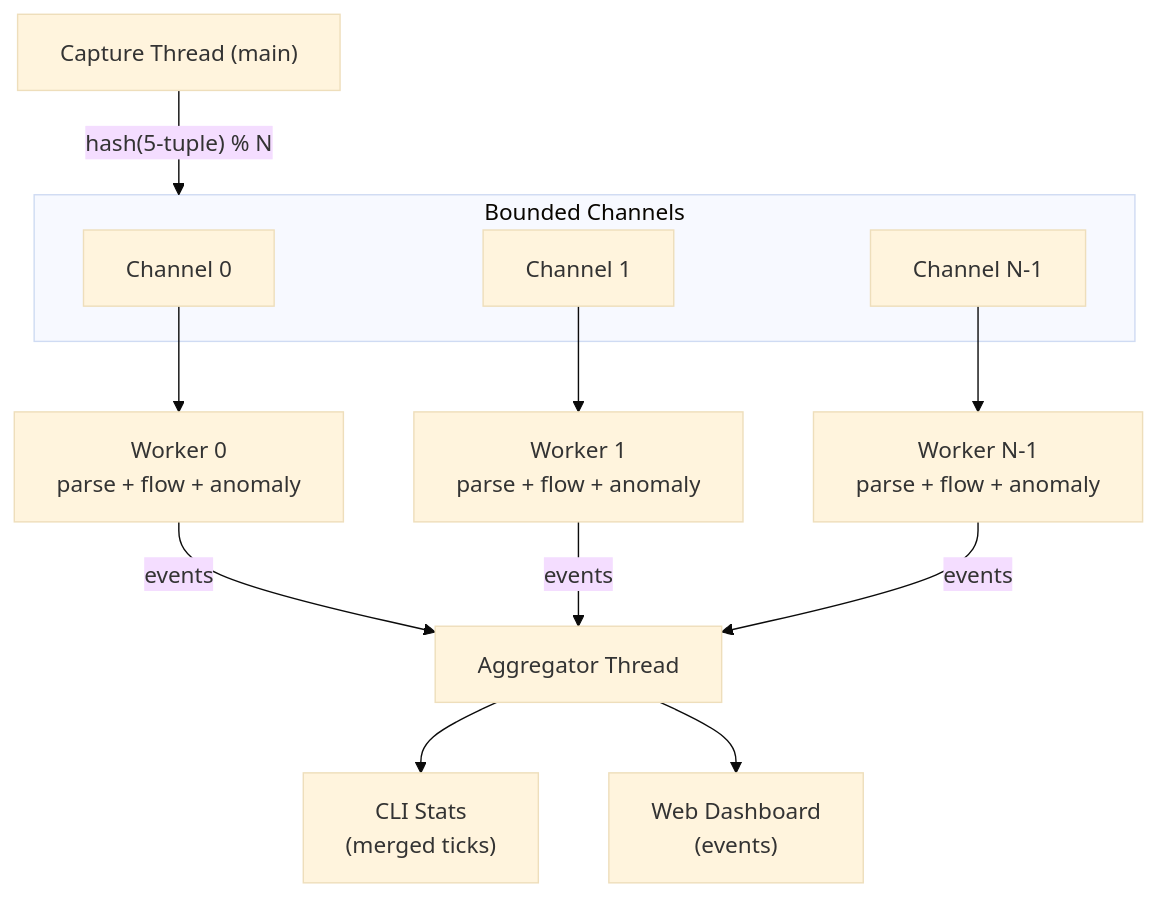
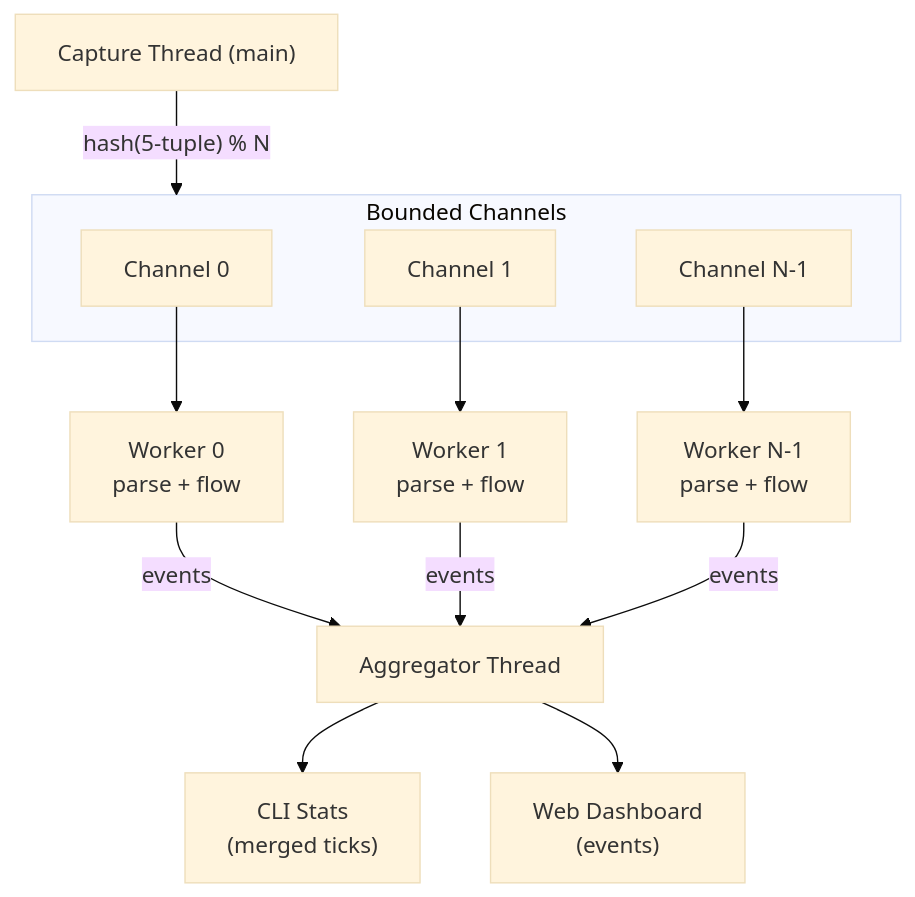
Before and after one commit to saadshabir/NetScope: the diagram in docs/pipeline.md, drawn with Mermaid (base theme). The commit also changed other lines of this file and 27 other files, not shown here.

````diff
--- a/docs/pipeline.md
+++ b/docs/pipeline.md
@@ -11,22 +11,22 @@
 ```mermaid
 flowchart TD
     CAP["Capture Thread (main)"]
     CAP -->|"hash(5-tuple) % N"| dispatch
 
     subgraph dispatch["Bounded Channels"]
         CH0["Channel 0"]
         CH1["Channel 1"]
         CHN["Channel N-1"]
     end
 
-    CH0 --> W0["Worker 0\nparse + flow + anomaly"]
-    CH1 --> W1["Worker 1\nparse + flow + anomaly"]
-    CHN --> WN["Worker N-1\nparse + flow + anomaly"]
+    CH0 --> W0["Worker 0\nparse + flow"]
+    CH1 --> W1["Worker 1\nparse + flow"]
+    CHN --> WN["Worker N-1\nparse + flow"]
 
     W0 -->|events| AGG["Aggregator Thread"]
     W1 -->|events| AGG
     WN -->|events| AGG
 
     AGG --> CLI["CLI Stats\n(merged ticks)"]
     AGG --> WEB["Web Dashboard\n(events)"]
 ```
````
